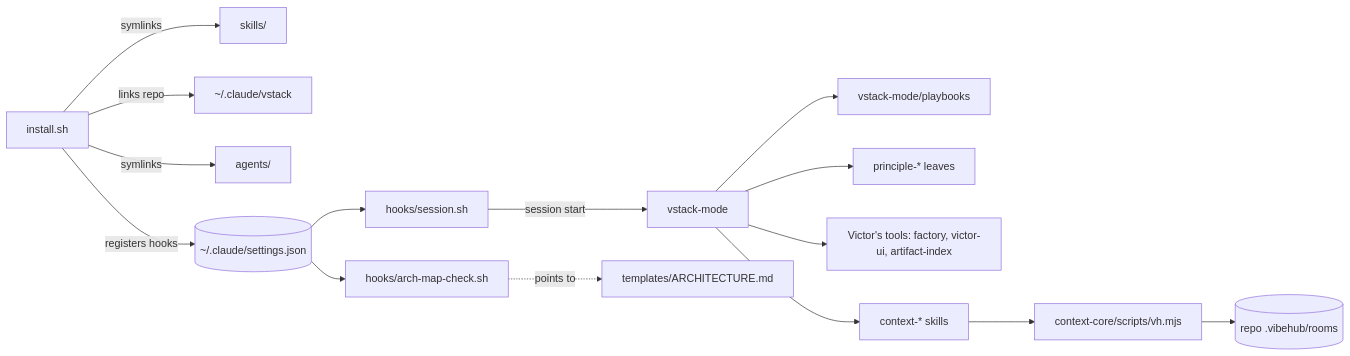
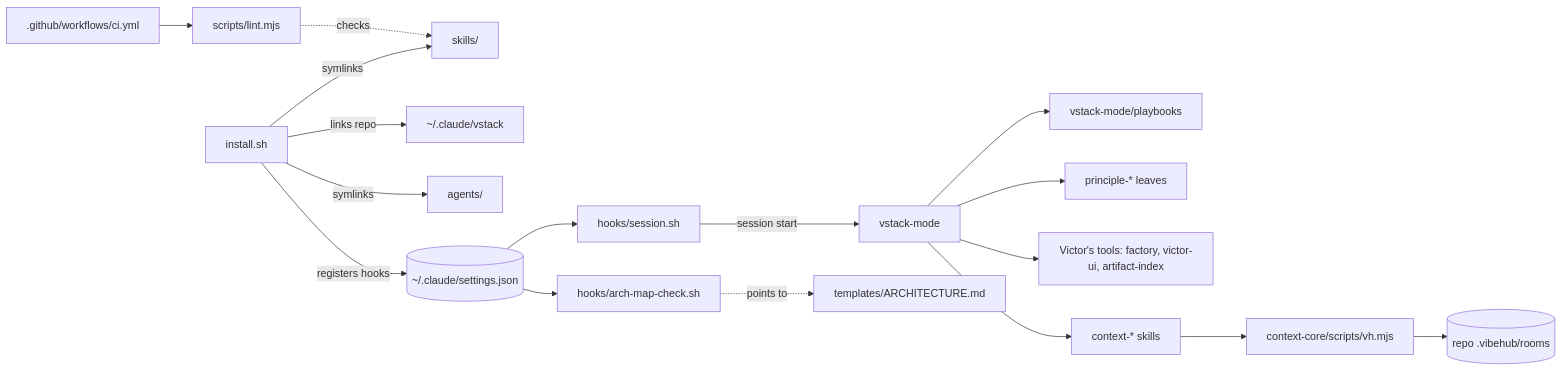
Before and after one commit to V1ctor2182/vstack: the diagram in ARCHITECTURE.md, drawn with Mermaid. The commit also changed other lines of this file and 34 other files, not shown here.

````diff
--- a/ARCHITECTURE.md
+++ b/ARCHITECTURE.md
@@ -11,17 +11,19 @@
 ```mermaid
 flowchart LR
   install[install.sh] -->|symlinks| skills[skills/]
   install -->|links repo| home[~/.claude/vstack]
   install -->|symlinks| agents[agents/]
   install -->|registers hooks| settings[(~/.claude/settings.json)]
   settings --> session[hooks/session.sh]
   session -->|session start| mode[vstack-mode]
   mode --> playbooks[vstack-mode/playbooks]
   mode --> principles[principle-* leaves]
   mode --> tools[Victor's tools: factory, victor-ui, artifact-index]
   settings --> hook[hooks/arch-map-check.sh]
   hook -.->|points to| template[templates/ARCHITECTURE.md]
+  lint[scripts/lint.mjs] -.->|checks| skills
+  ci[.github/workflows/ci.yml] --> lint
   mode --> ctx[context-* skills]
   ctx --> vh[context-core/scripts/vh.mjs]
   vh --> rooms[(repo .vibehub/rooms)]
 ```
````
